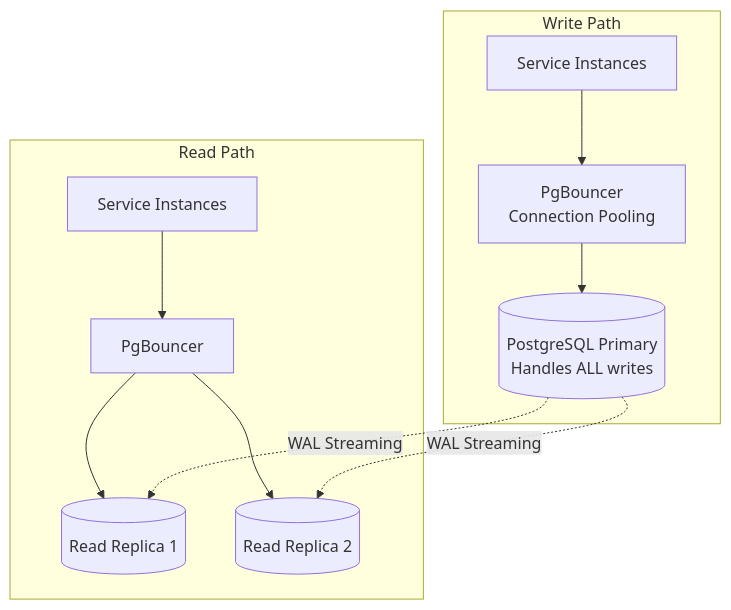
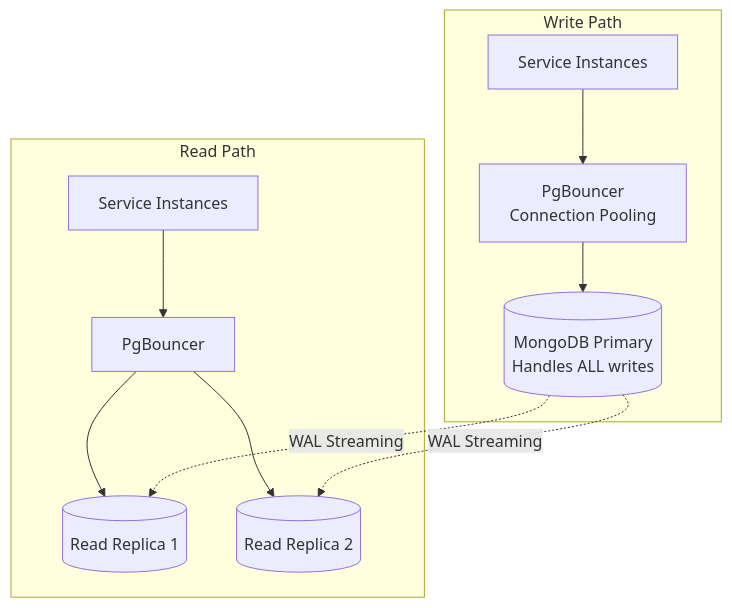
The first of 2 diagrams in 08_Scalability_Reliability/SCALABILITY_DESIGN.md (DharunKumar-K/sd), drawn with Mermaid before and after one commit. The commit also changed other lines of this file and 40 other files, not shown here.

Commit message:
chore: migrate architecture documentation from PostgreSQL to MongoDB as per ADR-MONGODB-001

````diff
--- a/08_Scalability_Reliability/SCALABILITY_DESIGN.md
+++ b/08_Scalability_Reliability/SCALABILITY_DESIGN.md
@@ -133,16 +133,16 @@
 ```mermaid
 graph TD
     subgraph "Write Path"
         APP[Service Instances] --> PGB[PgBouncer<br/>Connection Pooling]
-        PGB --> PG_PRI[(PostgreSQL Primary<br/>Handles ALL writes)]
+        PGB --> PG_PRI[(MongoDB Primary<br/>Handles ALL writes)]
     end
 
     subgraph "Read Path"
         APP2[Service Instances] --> PGB2[PgBouncer]
         PGB2 --> PG_R1[(Read Replica 1)]
         PGB2 --> PG_R2[(Read Replica 2)]
     end
 
     PG_PRI -.->|WAL Streaming| PG_R1
     PG_PRI -.->|WAL Streaming| PG_R2
 ```
````
